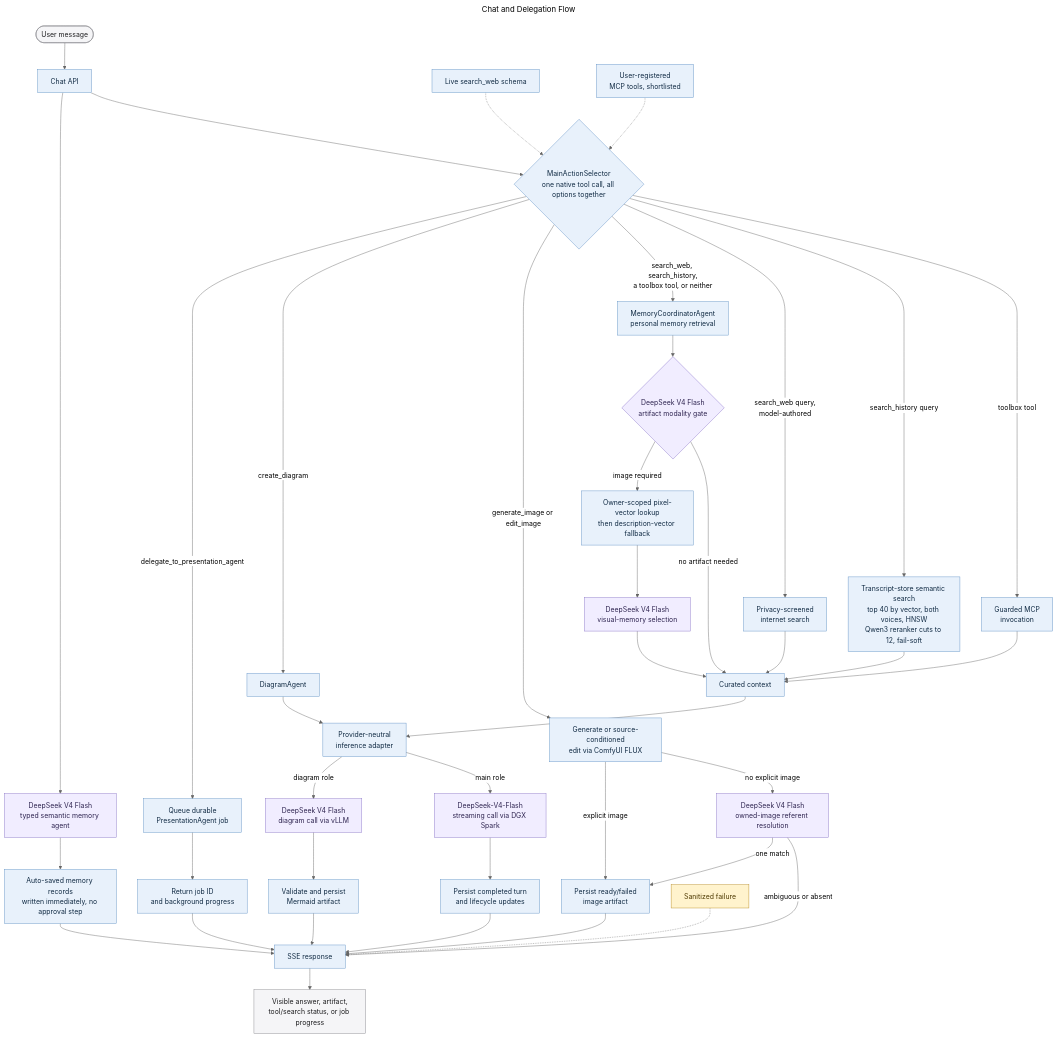
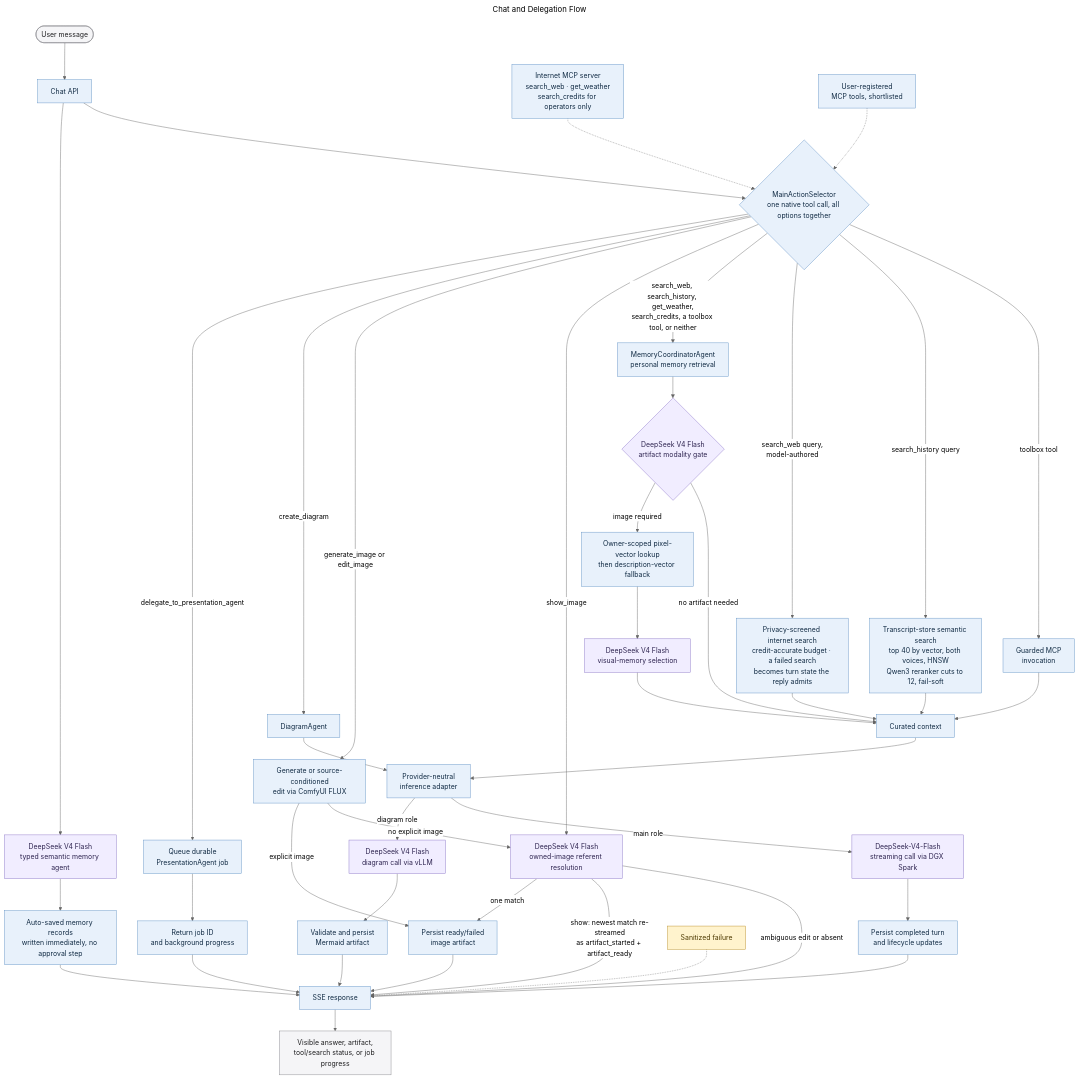
Before and after one commit to MallyaAni/PersonalAssistant: the diagram in docs/diagrams/chat-orchestration.mmd, drawn with Mermaid (neutral theme). The commit also changed 28 other files, not shown here.

First line of the commit message:
Bring the architecture page up to date and record why the vector store is pgvector, not FAISS

```diff
--- a/docs/diagrams/chat-orchestration.mmd
+++ b/docs/diagrams/chat-orchestration.mmd
@@ -1,59 +1,61 @@
 ---
 title: Chat and Delegation Flow
 ---
 flowchart TB
     User([User message]) --> API[Chat API]
     API --> Interest[DeepSeek V4 Flash<br/>typed semantic memory agent]
     Interest --> Proposal[Auto-saved memory records<br/>written immediately, no approval step]
     API --> Selector{MainActionSelector<br/>one native tool call, all options together}
-    Search_Tool[Live search_web schema] -.-> Selector
+    Search_Tool[Internet MCP server<br/>search_web · get_weather<br/>search_credits for operators only] -.-> Selector
     Toolbox[User-registered<br/>MCP tools, shortlisted] -.-> Selector
 
     Selector -->|delegate_to_presentation_agent| Presentation[Queue durable<br/>PresentationAgent job]
     Presentation --> Progress[Return job ID<br/>and background progress]
 
     Selector -->|create_diagram| Diagram[DiagramAgent]
     Diagram --> Inference[Provider-neutral<br/>inference adapter]
     Inference -->|diagram role| DiagramModel[DeepSeek V4 Flash<br/>diagram call via vLLM]
     DiagramModel --> Artifact[Validate and persist<br/>Mermaid artifact]
 
     Selector -->|generate_image or edit_image| ImageAction[Generate or source-conditioned<br/>edit via ComfyUI FLUX]
+    Selector -->|show_image| Referent
     ImageAction -->|explicit image| ImageArtifact[Persist ready/failed<br/>image artifact]
     ImageAction -->|no explicit image| Referent[DeepSeek V4 Flash<br/>owned-image referent resolution]
     Referent -->|one match| ImageArtifact
-    Referent -->|ambiguous or absent| Stream
+    Referent -->|show: newest match re-streamed<br/>as artifact_started + artifact_ready| Stream
+    Referent -->|ambiguous edit or absent| Stream
 
-    Selector -->|search_web, search_history,<br/>a toolbox tool, or neither| Memory[MemoryCoordinatorAgent<br/>personal memory retrieval]
+    Selector -->|search_web, search_history, get_weather,<br/>search_credits, a toolbox tool, or neither| Memory[MemoryCoordinatorAgent<br/>personal memory retrieval]
     Memory --> ArtifactGate{DeepSeek V4 Flash<br/>artifact modality gate}
     ArtifactGate -->|image required| Visual[Owner-scoped pixel-vector lookup<br/>then description-vector fallback]
     ArtifactGate -->|no artifact needed| Context[Curated context]
     Visual --> VisualPolicy[DeepSeek V4 Flash<br/>visual-memory selection]
     VisualPolicy --> Context
-    Selector -->|search_web query,<br/>model-authored| Search[Privacy-screened<br/>internet search]
+    Selector -->|search_web query,<br/>model-authored| Search[Privacy-screened internet search<br/>credit-accurate budget · a failed search<br/>becomes turn state the reply admits]
     Selector -->|search_history query| History[Transcript-store semantic search<br/>top 40 by vector, both voices, HNSW<br/>Qwen3 reranker cuts to 12, fail-soft]
     Selector -->|toolbox tool| MCP[Guarded MCP<br/>invocation]
     MCP --> Context
     Search --> Context
     History --> Context
 
     Context --> Inference
     Inference -->|main role| Main[DeepSeek-V4-Flash<br/>streaming call via DGX Spark]
     Main --> Persist[Persist completed turn<br/>and lifecycle updates]
     Persist --> Stream[SSE response]
     Proposal --> Stream
 
     Artifact --> Stream
     ImageArtifact --> Stream
     Progress --> Stream
     Stream --> UI[Visible answer, artifact,<br/>tool/search status, or job progress]
 
     Failure[Sanitized failure] -.-> Stream
 
     classDef interface fill:#f5f5f7,stroke:#86868b,color:#1d1d1f;
     classDef application fill:#e8f1fb,stroke:#5e8fc4,color:#102a43;
     classDef model fill:#f1edff,stroke:#8872c6,color:#2e2450;
     classDef failure fill:#fff3cd,stroke:#b78b20,color:#4d3900;
     class User,UI interface;
     class API,Selector,Search_Tool,Toolbox,Presentation,Progress,Diagram,Artifact,ImageAction,ImageArtifact,Memory,Visual,MCP,Search,History,Context,Inference,Persist,Stream,Proposal application;
     class Main,DiagramModel,Interest,ArtifactGate,VisualPolicy,Referent model;
     class Failure failure;
```
